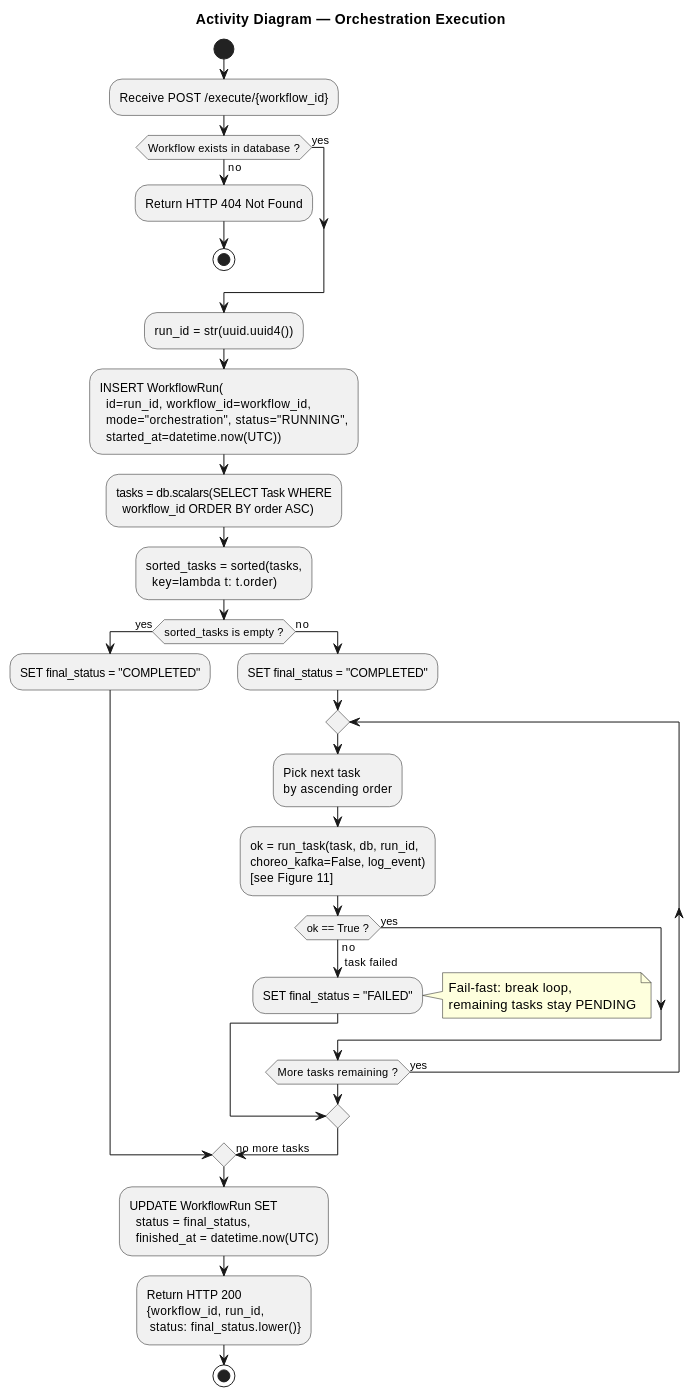
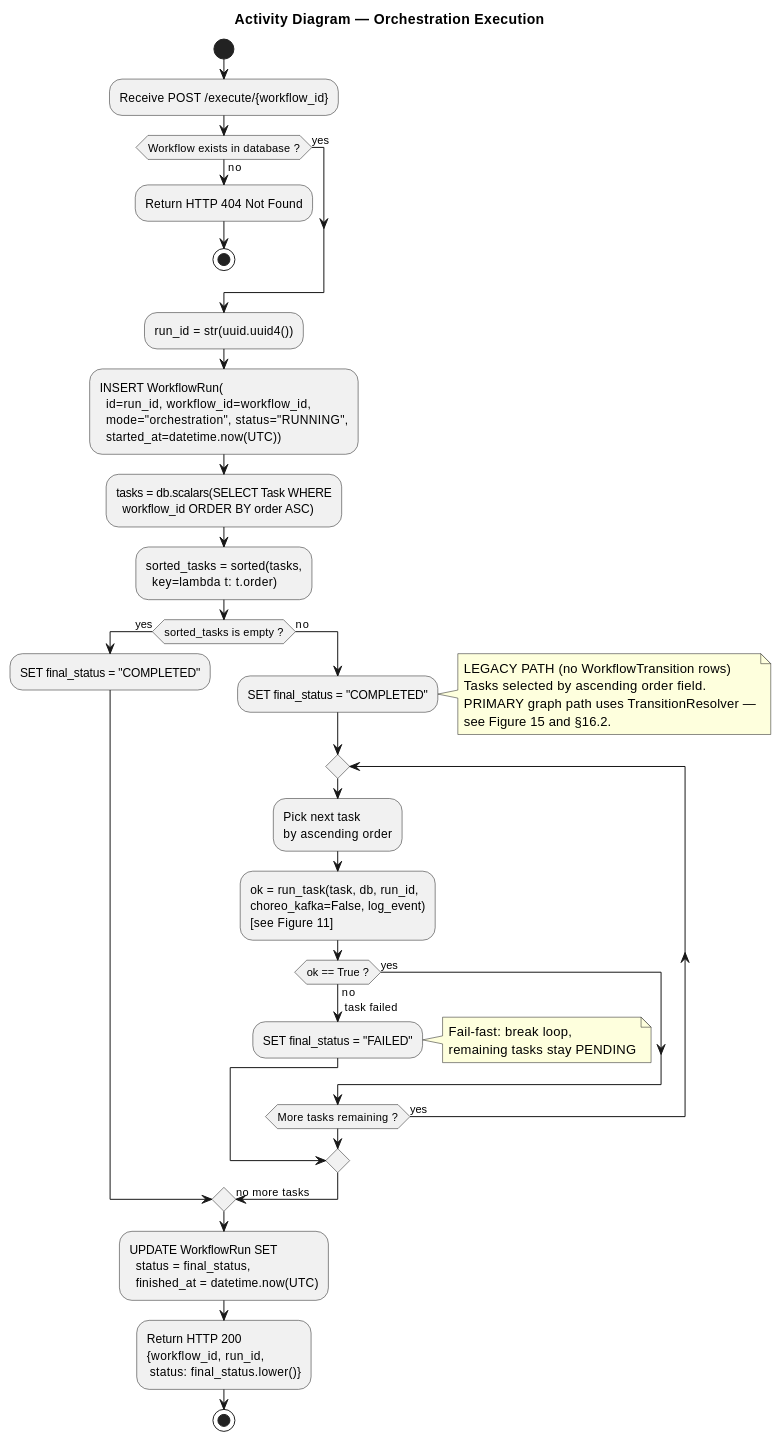
One commit to MAES1102/WMS changed diagram 12 of 15 in docs/REPORT.md. Above: the diagram before and after it, drawn with PlantUML. The commit also changed other lines of this file and 32 other files, not shown here.

Commit message:
archive: preserve advanced graph prototype

````diff
--- a/docs/REPORT.md
+++ b/docs/REPORT.md
@@ -1413,61 +1674,67 @@
 ```plantuml
 @startuml
 title Activity Diagram — Orchestration Execution
 skinparam shadowing false
 skinparam defaultFontName Arial
 
 start
 
 :Receive POST /execute/{workflow_id};
 
 if (Workflow exists in database ?) then (no)
   :Return HTTP 404 Not Found;
   stop
 else (yes)
 endif
 
 :run_id = str(uuid.uuid4());
 :INSERT WorkflowRun(
   id=run_id, workflow_id=workflow_id,
   mode="orchestration", status="RUNNING",
   started_at=datetime.now(UTC));
 
 :tasks = db.scalars(SELECT Task WHERE
   workflow_id ORDER BY order ASC);
 :sorted_tasks = sorted(tasks,
   key=lambda t: t.order);
 
 if (sorted_tasks is empty ?) then (yes)
   :SET final_status = "COMPLETED";
 else (no)
   :SET final_status = "COMPLETED";
+  note right
+    LEGACY PATH (no WorkflowTransition rows)
+    Tasks selected by ascending order field.
+    PRIMARY graph path uses TransitionResolver —
+    see Figure 15 and §16.2.
+  end note
   repeat
     :Pick next task
 by ascending order;
     :ok = run_task(task, db, run_id,
   choreo_kafka=False, log_event)
   [see Figure 11];
     if (ok == True ?) then (yes)
     else (no \n task failed)
       :SET final_status = "FAILED";
       note right
         Fail-fast: break loop,
         remaining tasks stay PENDING
       end note
       break
     endif
   repeat while (More tasks remaining ?) is (yes)
   -> no more tasks;
 endif
 
 :UPDATE WorkflowRun SET
   status = final_status,
   finished_at = datetime.now(UTC);
 
 :Return HTTP 200
 {workflow_id, run_id,
  status: final_status.lower()};
 
 stop
 @enduml
 ```
````
